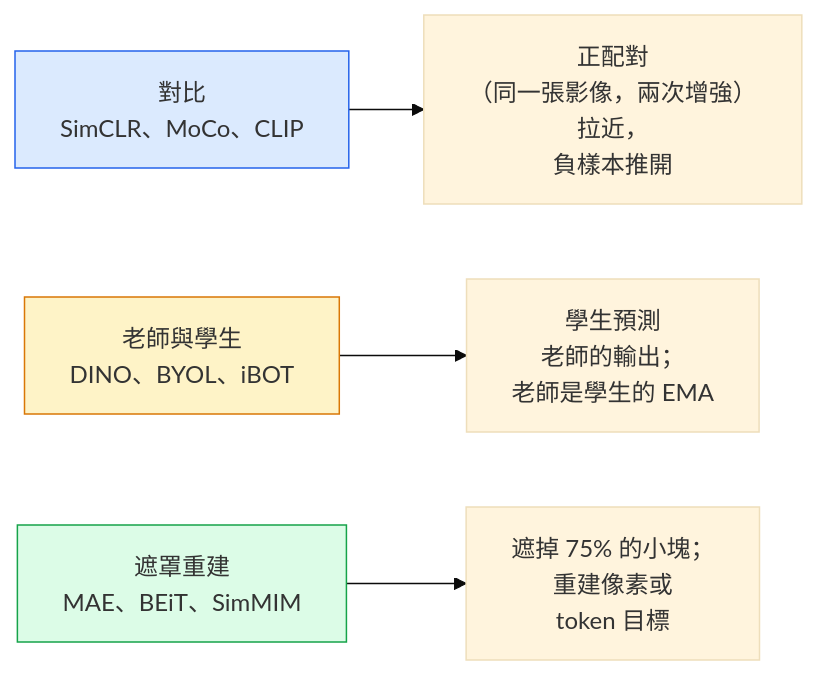
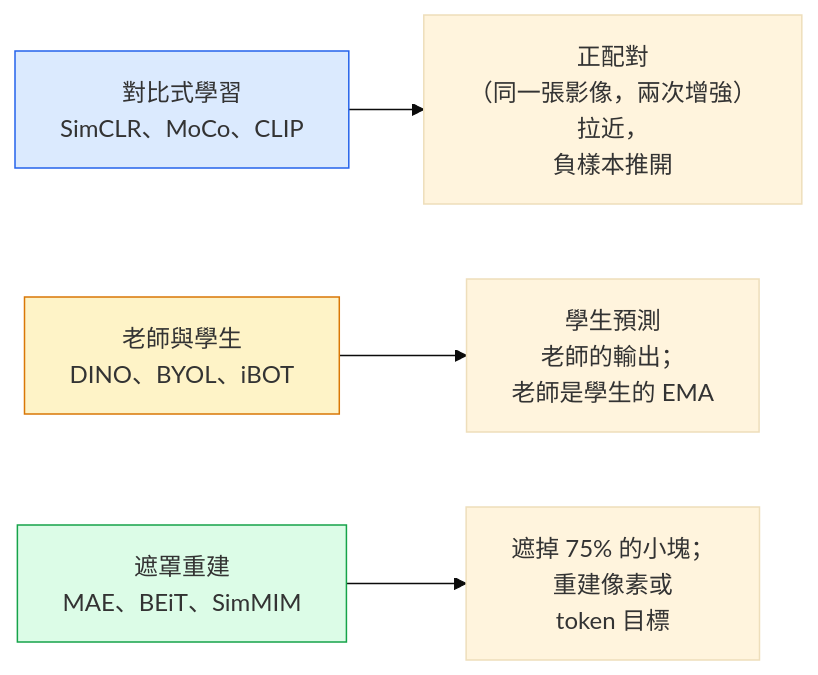
The diagram in i18n/zh-TW/phases/04-computer-vision/17-self-supervised-vision/docs/zh-TW.md (edward821220/ai-engineering-from-scratch), drawn with Mermaid (base theme) before and after one commit. The commit also changed other lines of this file, not shown here.

````diff
--- a/i18n/zh-TW/phases/04-computer-vision/17-self-supervised-vision/docs/zh-TW.md
+++ b/i18n/zh-TW/phases/04-computer-vision/17-self-supervised-vision/docs/zh-TW.md
@@ -29,10 +29,10 @@
 ```mermaid
 flowchart LR
-    A["對比<br/>SimCLR、MoCo、CLIP"] --> AT["正配對<br/>（同一張影像，兩次增強）<br/>拉近，<br/>負樣本推開"]
+    A["對比式學習<br/>SimCLR、MoCo、CLIP"] --> AT["正配對<br/>（同一張影像，兩次增強）<br/>拉近，<br/>負樣本推開"]
     B["老師與學生<br/>DINO、BYOL、iBOT"] --> BT["學生預測<br/>老師的輸出；<br/>老師是學生的 EMA"]
     C["遮罩重建<br/>MAE、BEiT、SimMIM"] --> CT["遮掉 75% 的小塊；<br/>重建像素或<br/>token 目標"]
 
     style A fill:#dbeafe,stroke:#2563eb
     style B fill:#fef3c7,stroke:#d97706
     style C fill:#dcfce7,stroke:#16a34a
 ```
````
